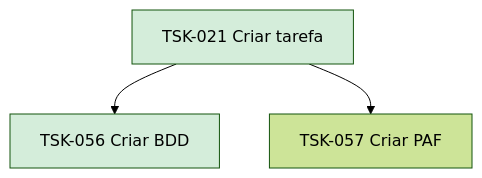
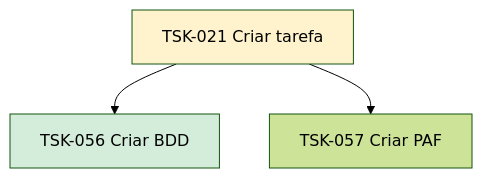
The diagram in flow/tasks/TSK-001-criar-epico/TSK-002-criar-as-historias/TSK-005-gantt/TSK-021-criar-tarefa/README.md (laerciogermano/workstation), drawn with Mermaid (forest theme) before and after one commit. The commit also changed other lines of this file and 53 other files, not shown here.

````diff
--- a/flow/tasks/TSK-001-criar-epico/TSK-002-criar-as-historias/TSK-005-gantt/TSK-021-criar-tarefa/README.md
+++ b/flow/tasks/TSK-001-criar-epico/TSK-002-criar-as-historias/TSK-005-gantt/TSK-021-criar-tarefa/README.md
@@ -12,10 +12,10 @@
 ```mermaid
 flowchart TD
   T021[TSK-021 Criar tarefa]
   T056[TSK-056 Criar BDD]
   T057[TSK-057 Criar PAF]
   T021 --> T056
   T021 --> T057
-  style T021 fill:#d4edda
+  style T021 fill:#fff3cd
   style T056 fill:#d4edda
 ```
````
